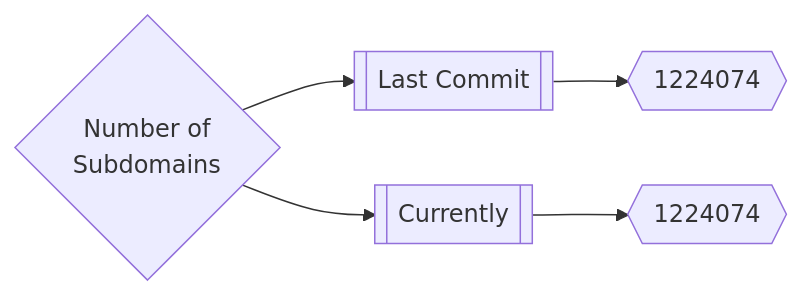
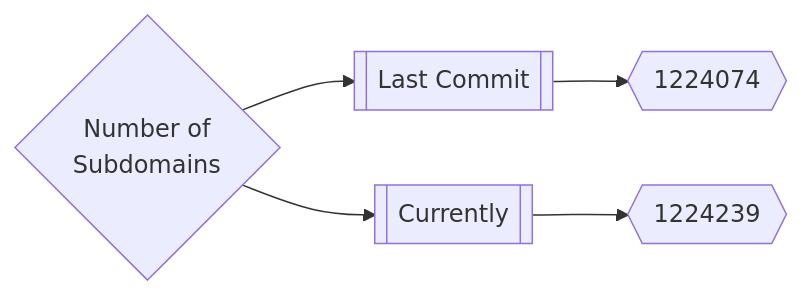
One commit to trickest/inventory changed the first of 3 diagrams in README.md. Above: the diagram before and after it, drawn with Mermaid. The commit also changed other lines of this file and 9 other files, not shown here.

````diff
--- a/README.md
+++ b/README.md
@@ -165,5 +165,5 @@
 ```mermaid
 graph LR
 title{Number of<br>Subdomains} --> subdomainsDate1[[Last Commit]] --> subdomainsNum1{{1224074}}
-title --> subdomainsDate2[[Currently]] --> subdomainsNum2{{1224074}}
+title --> subdomainsDate2[[Currently]] --> subdomainsNum2{{1224239}}
 ```
````
